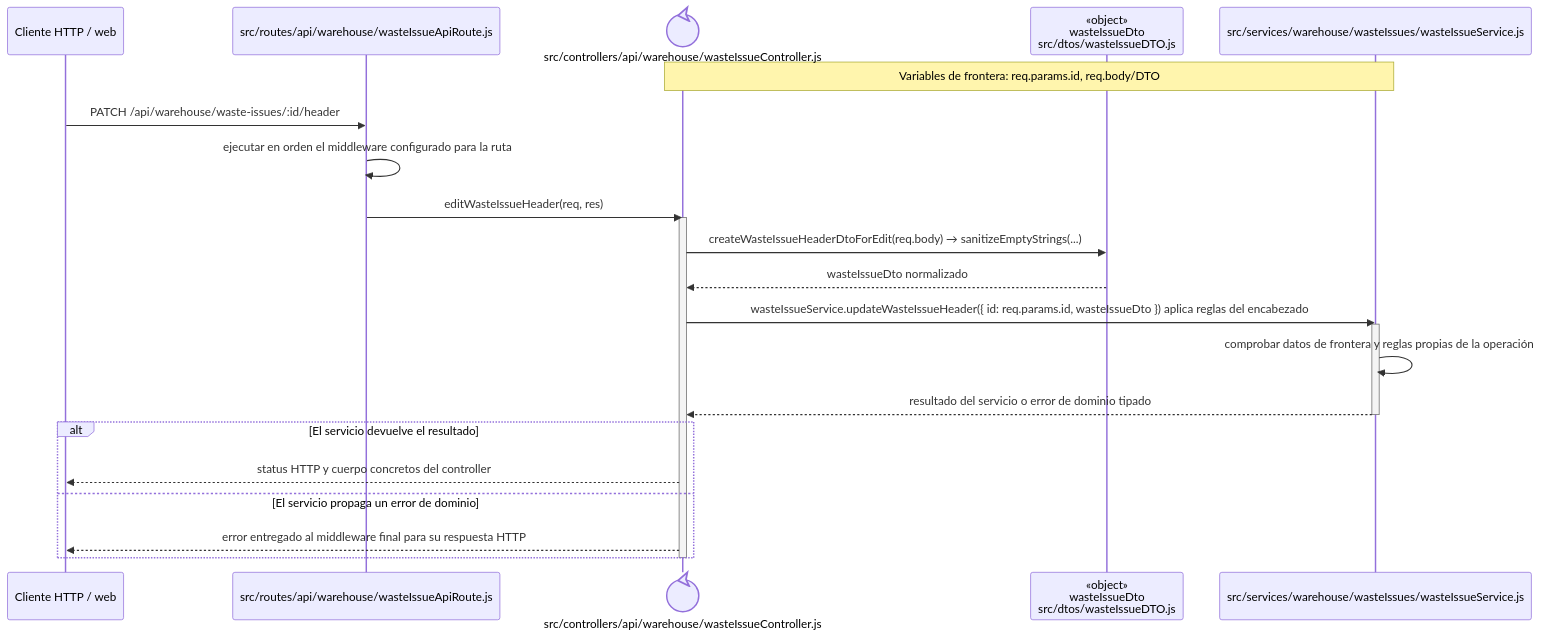
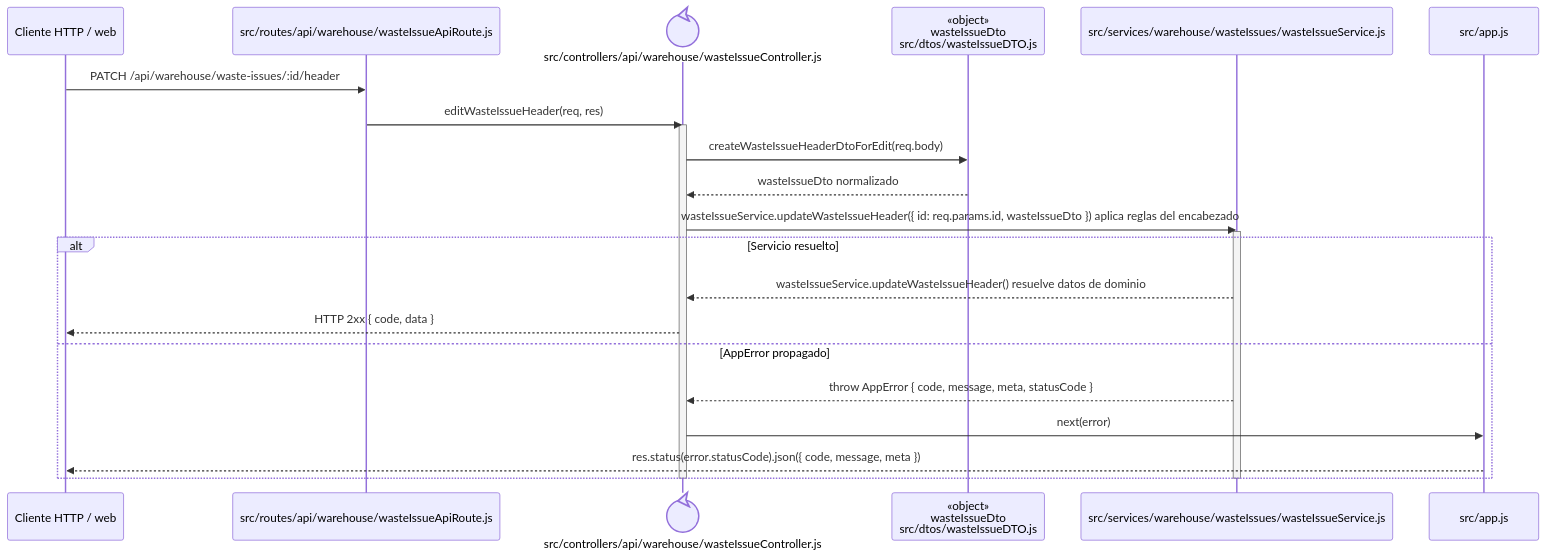
Before and after one commit to gpgsistemas01/nexus: the diagram in docs/architecture/backend-code-sequences/issues/cu-sal-10.md, drawn with Mermaid. The commit also changed 148 other files, not shown here.

````diff
--- a/docs/architecture/backend-code-sequences/issues/cu-sal-10.md
+++ b/docs/architecture/backend-code-sequences/issues/cu-sal-10.md
@@ -6,27 +6,27 @@
 ```mermaid
 sequenceDiagram
     participant Client as Cliente HTTP / web
     participant Route as src/routes/api/warehouse/wasteIssueApiRoute.js
     participant Controller@{ "type": "control" } as src/controllers/api/warehouse/wasteIssueController.js
     participant IssueDto as «object»<br/>wasteIssueDto<br/>src/dtos/wasteIssueDTO.js
     participant Domain as src/services/warehouse/wasteIssues/wasteIssueService.js
-    Note over Controller,Domain: Variables de frontera: req.params.id, req.body/DTO
+    participant ErrorHandler as src/app.js
 
     Client->>Route: PATCH /api/warehouse/waste-issues/:id/header
-    Route->>Route: ejecutar en orden el middleware configurado para la ruta
     Route->>Controller: editWasteIssueHeader(req, res)
     activate Controller
-    Controller->>IssueDto: createWasteIssueHeaderDtoForEdit(req.body) → sanitizeEmptyStrings(...)
+    Controller->>IssueDto: createWasteIssueHeaderDtoForEdit(req.body)
     IssueDto-->>Controller: wasteIssueDto normalizado
     Controller->>Domain: wasteIssueService.updateWasteIssueHeader({ id: req.params.id, wasteIssueDto }) aplica reglas del encabezado
     activate Domain
-    Domain->>Domain: comprobar datos de frontera y reglas propias de la operación
-    Domain-->>Controller: resultado del servicio o error de dominio tipado
+    alt Servicio resuelto
+        Domain-->>Controller: wasteIssueService.updateWasteIssueHeader() resuelve datos de dominio
+        Controller-->>Client: HTTP 2xx { code, data }
+    else AppError propagado
+        Domain-->>Controller: throw AppError { code, message, meta, statusCode }
+        Controller->>ErrorHandler: next(error)
+        ErrorHandler-->>Client: res.status(error.statusCode).json({ code, message, meta })
+    end
     deactivate Domain
-    alt El servicio devuelve el resultado
-        Controller-->>Client: status HTTP y cuerpo concretos del controller
-    else El servicio propaga un error de dominio
-        Controller-->>Client: error entregado al middleware final para su respuesta HTTP
-    end
     deactivate Controller
 ```
````
